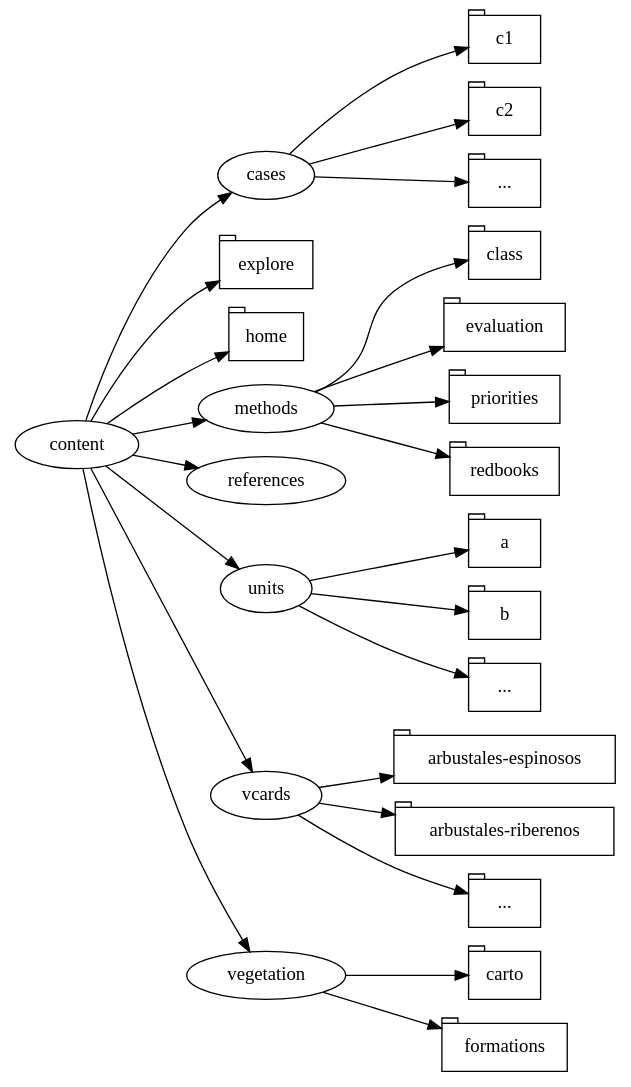
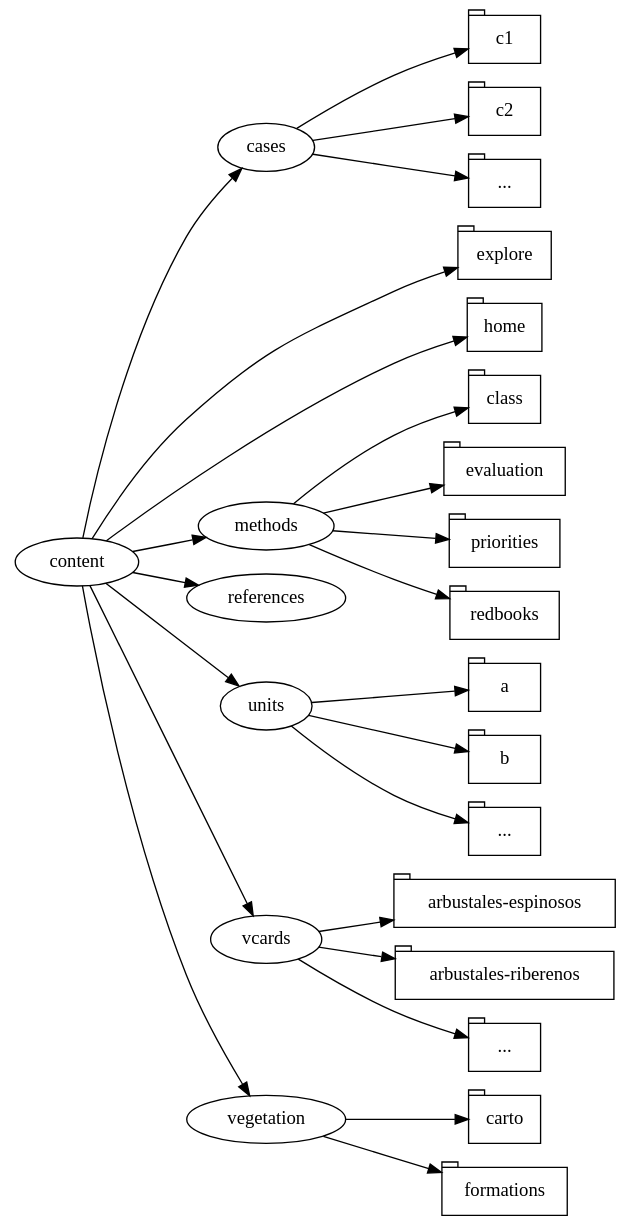
The diagram in static/images/uploads/content-organization.dot (jimmyangel/morinricardo), drawn with Graphviz before and after one commit. The commit also changed 13 other files, not shown here.

```diff
--- a/static/images/uploads/content-organization.dot
+++ b/static/images/uploads/content-organization.dot
@@ -1,39 +1,40 @@
-digraph example {
+digraph content {
   rankdir=LR
   c1 [shape=tab]
   c2 [shape=tab]
   "..." [shape=tab]
   content->cases
   cases->c1
   cases->c2
   cases->"..."
   explore [shape=tab]
   home [shape=tab]
   content->explore
   content->home
   content->methods->class
   class [shape=tab]
   evaluation [shape=tab]
   priorities [shape=tab]
   redbooks [shape=tab]
+  {rank = same; explore; class; home}
   methods->evaluation
   methods->priorities
   methods->redbooks
   content->references
   a [shape=tab]
   b [shape=tab]
   " ... " [shape=tab]
   content->units->a
   units->b
   units->" ... "
   "arbustales-espinosos" [shape=tab]
   "arbustales-riberenos" [shape=tab]
   " ..." [shape=tab]
   content->vcards->"arbustales-espinosos"
   vcards->"arbustales-riberenos"
   vcards->" ..."
   carto [shape=tab]
   formations [shape=tab]
   content->vegetation->carto
   vegetation->formations
 }
```
